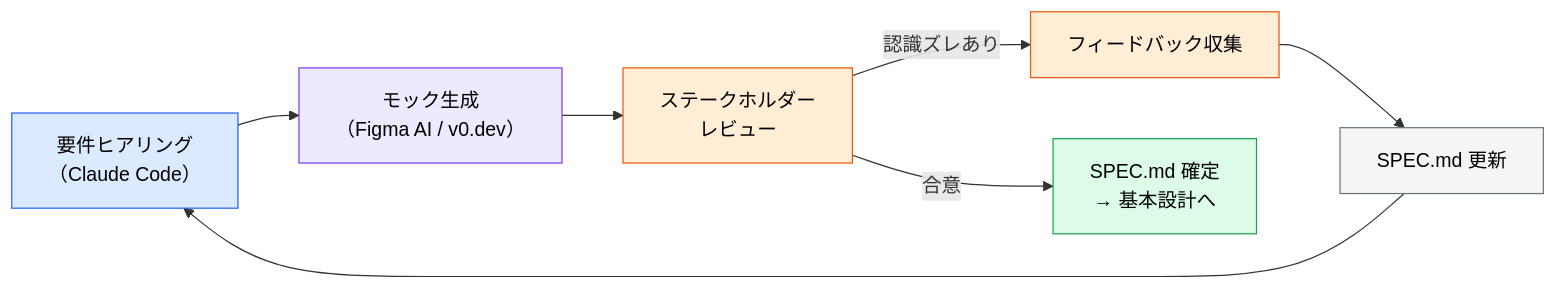
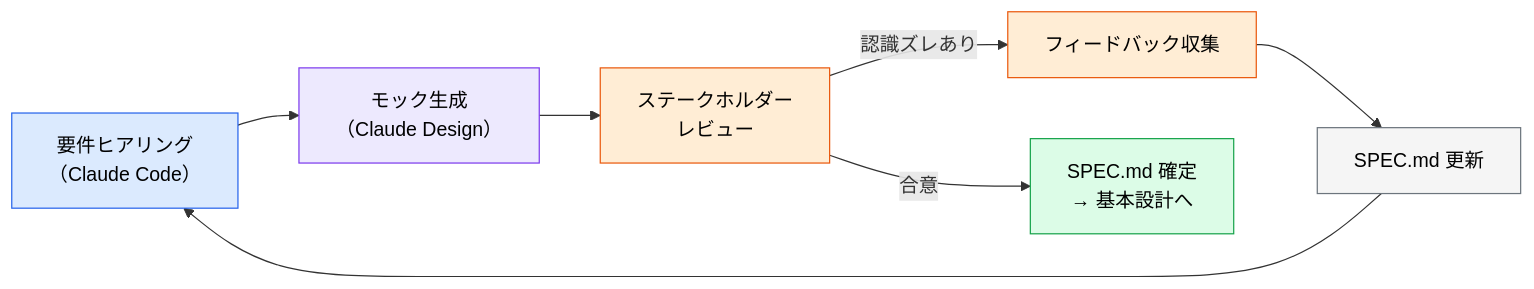
Before and after one commit to takuma39/ai: diagram 28 of 49 in AI駆動開発.md, drawn with Mermaid. The commit also changed other lines of this file, not shown here.

````diff
--- a/AI駆動開発.md
+++ b/AI駆動開発.md
@@ -1538,16 +1536,16 @@
 ```mermaid
 flowchart LR
-    A["要件ヒアリング<br/>（Claude Code）"] --> B["モック生成<br/>（Figma AI / v0.dev）"]
+    A["要件ヒアリング<br/>（Claude Code）"] --> B["モック生成<br/>（Claude Design）"]
     B --> C["ステークホルダー<br/>レビュー"]
     C -->|"認識ズレあり"| D["フィードバック収集"]
     D --> E["SPEC.md 更新"]
     E --> A
     C -->|"合意"| F["SPEC.md 確定<br/>→ 基本設計へ"]
 
     style A fill:#dbeafe,stroke:#2563eb,color:#000
     style B fill:#ede9fe,stroke:#7c3aed,color:#000
     style C fill:#ffedd5,stroke:#ea580c,color:#000
     style D fill:#ffedd5,stroke:#ea580c,color:#000
     style E fill:#f5f5f5,stroke:#6c757d,color:#000
     style F fill:#dcfce7,stroke:#16a34a,color:#000
 ```
````
